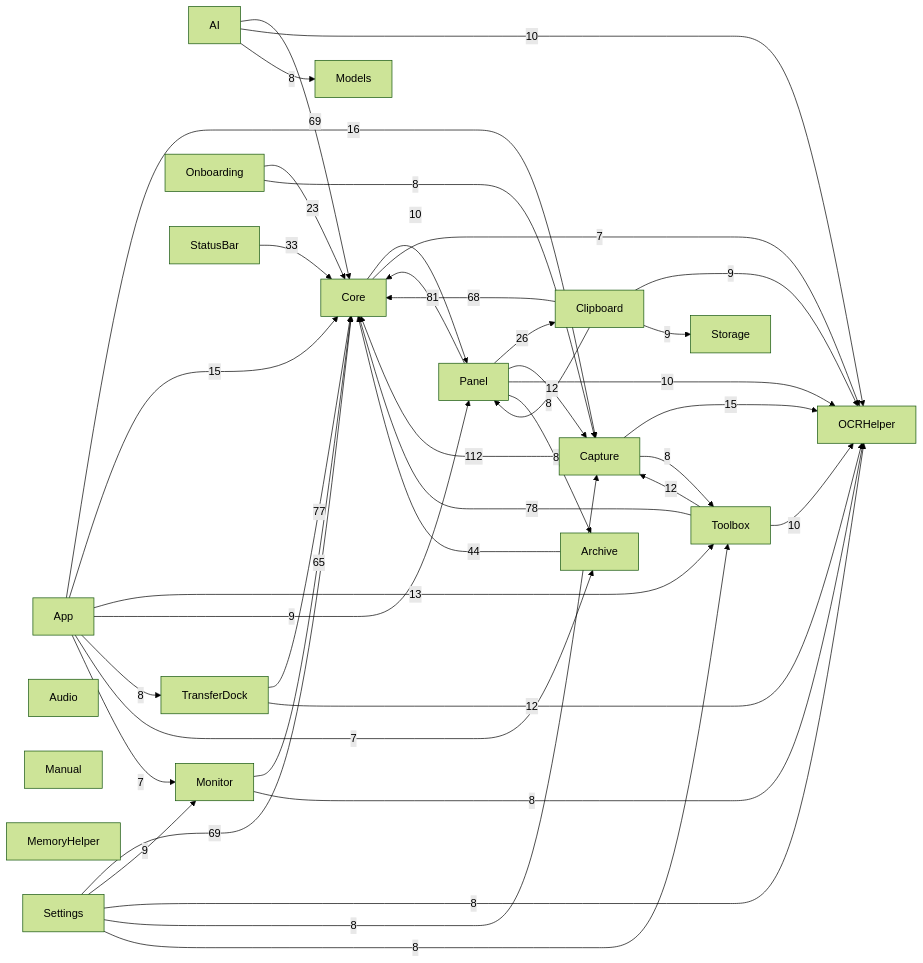
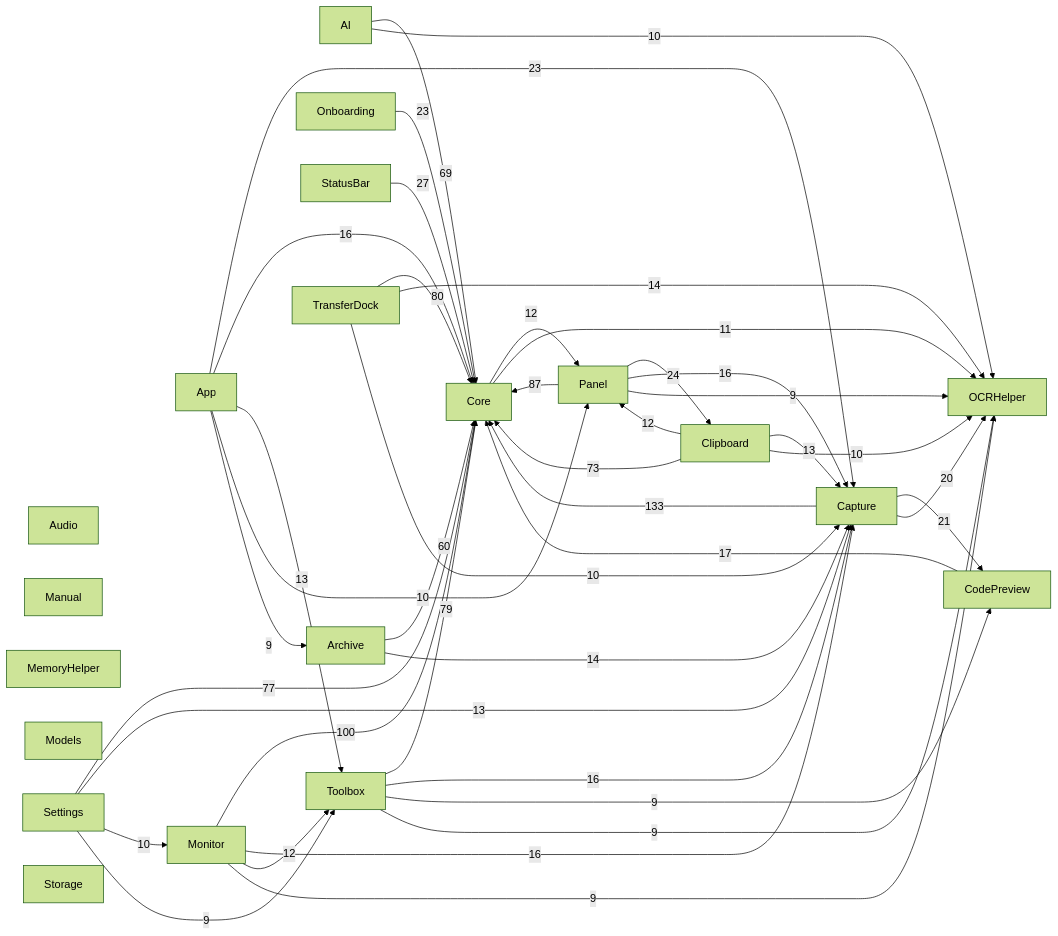
One commit to sxyq/Kitnest changed the diagram in docs/00-总览/模块依赖图.md. Above: the diagram before and after it, drawn with Mermaid (forest theme). The commit also changed other lines of this file and 15 other files, not shown here.

````diff
--- a/docs/00-总览/模块依赖图.md
+++ b/docs/00-总览/模块依赖图.md
@@ -31,62 +34,63 @@
 ```mermaid
 flowchart LR
   M0["AI"]
   M1["App"]
   M2["Archive"]
   M3["Audio"]
   M4["Capture"]
   M5["Clipboard"]
-  M6["Core"]
-  M7["Manual"]
-  M8["MemoryHelper"]
-  M9["Models"]
-  M10["Monitor"]
-  M11["OCRHelper"]
-  M12["Onboarding"]
-  M13["Panel"]
-  M14["Settings"]
-  M15["StatusBar"]
-  M16["Storage"]
-  M17["Toolbox"]
-  M18["TransferDock"]
-  M4 -->|112| M6
-  M13 -->|81| M6
-  M17 -->|78| M6
-  M18 -->|77| M6
-  M14 -->|69| M6
-  M0 -->|69| M6
-  M5 -->|68| M6
-  M10 -->|65| M6
-  M2 -->|44| M6
-  M15 -->|33| M6
-  M13 -->|26| M5
-  M12 -->|23| M6
-  M1 -->|16| M4
-  M1 -->|15| M6
-  M4 -->|15| M11
-  M1 -->|13| M17
-  M13 -->|12| M4
-  M17 -->|12| M4
-  M18 -->|12| M11
-  M6 -->|10| M13
-  M13 -->|10| M11
-  M0 -->|10| M11
-  M17 -->|10| M11
-  M1 -->|9| M13
-  M14 -->|9| M10
-  M5 -->|9| M11
-  M5 -->|9| M16
-  M1 -->|8| M18
-  M14 -->|8| M11
-  M14 -->|8| M4
-  M14 -->|8| M17
-  M4 -->|8| M17
-  M10 -->|8| M11
-  M13 -->|8| M2
-  M0 -->|8| M9
-  M12 -->|8| M4
-  M5 -->|8| M13
-  M6 -->|7| M11
-  M1 -->|7| M2
-  M1 -->|7| M10
+  M6["CodePreview"]
+  M7["Core"]
+  M8["Manual"]
+  M9["MemoryHelper"]
+  M10["Models"]
+  M11["Monitor"]
+  M12["OCRHelper"]
+  M13["Onboarding"]
+  M14["Panel"]
+  M15["Settings"]
+  M16["StatusBar"]
+  M17["Storage"]
+  M18["Toolbox"]
+  M19["TransferDock"]
+  M4 -->|133| M7
+  M11 -->|100| M7
+  M14 -->|87| M7
+  M19 -->|80| M7
+  M18 -->|79| M7
+  M15 -->|77| M7
+  M5 -->|73| M7
+  M0 -->|69| M7
+  M2 -->|60| M7
+  M16 -->|27| M7
+  M14 -->|24| M5
+  M1 -->|23| M4
+  M13 -->|23| M7
+  M4 -->|21| M6
+  M4 -->|20| M12
+  M6 -->|17| M7
+  M1 -->|16| M7
+  M11 -->|16| M4
+  M14 -->|16| M4
+  M18 -->|16| M4
+  M2 -->|14| M4
+  M19 -->|14| M12
+  M1 -->|13| M18
+  M15 -->|13| M4
+  M5 -->|13| M4
+  M7 -->|12| M14
+  M11 -->|12| M18
+  M5 -->|12| M14
+  M7 -->|11| M12
+  M1 -->|10| M14
+  M15 -->|10| M11
+  M0 -->|10| M12
+  M19 -->|10| M4
+  M5 -->|10| M12
+  M1 -->|9| M2
+  M15 -->|9| M18
+  M11 -->|9| M12
+  M14 -->|9| M12
+  M18 -->|9| M6
+  M18 -->|9| M12
 ```
````
